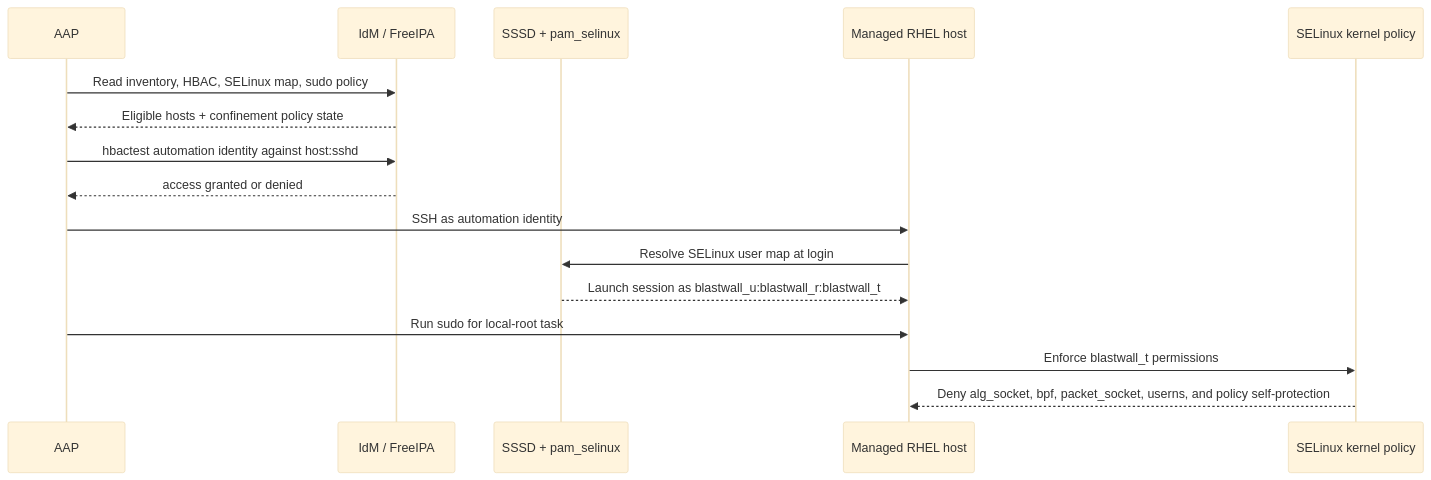
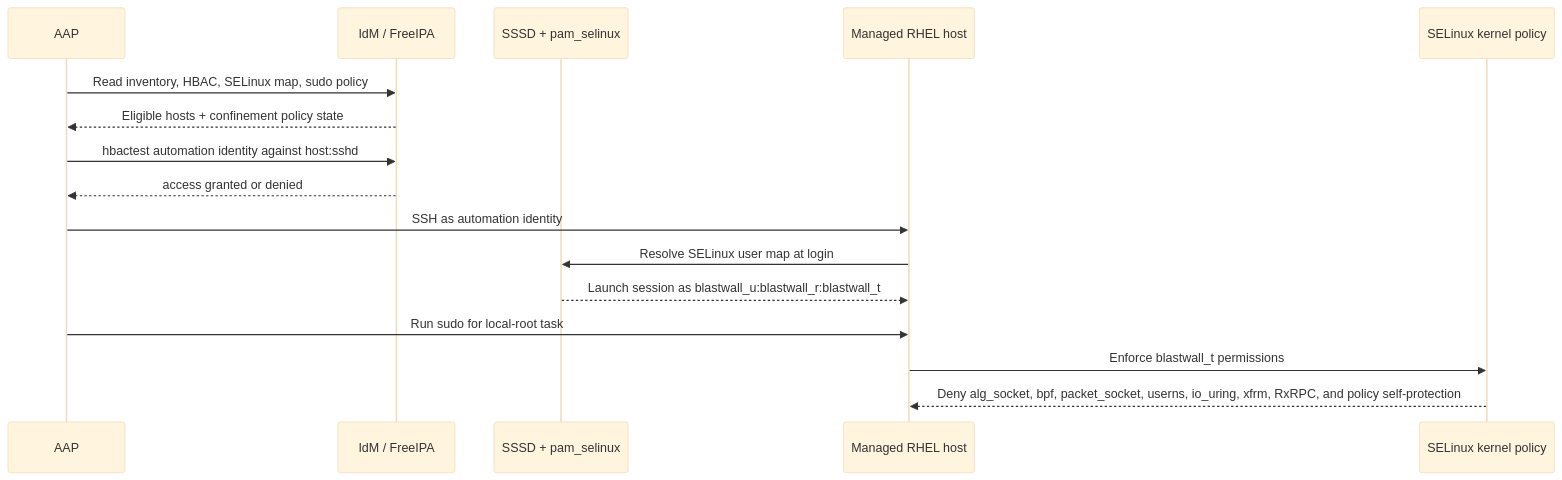
Before and after one commit to gprocunier/blastwall: the diagram in docs/assets/diagrams/runtime-flow.mmd, drawn with Mermaid (base theme). The commit also changed 50 other files, not shown here.

```diff
--- a/docs/assets/diagrams/runtime-flow.mmd
+++ b/docs/assets/diagrams/runtime-flow.mmd
@@ -1,17 +1,17 @@
 sequenceDiagram
     participant A as AAP
     participant I as IdM / FreeIPA
     participant S as SSSD + pam_selinux
     participant H as Managed RHEL host
     participant K as SELinux kernel policy
 
     A->>I: Read inventory, HBAC, SELinux map, sudo policy
     I-->>A: Eligible hosts + confinement policy state
     A->>I: hbactest automation identity against host:sshd
     I-->>A: access granted or denied
     A->>H: SSH as automation identity
     H->>S: Resolve SELinux user map at login
     S-->>H: Launch session as blastwall_u:blastwall_r:blastwall_t
     A->>H: Run sudo for local-root task
     H->>K: Enforce blastwall_t permissions
-    K-->>H: Deny alg_socket, bpf, packet_socket, userns, and policy self-protection
+    K-->>H: Deny alg_socket, bpf, packet_socket, userns, io_uring, xfrm, RxRPC, and policy self-protection
```
